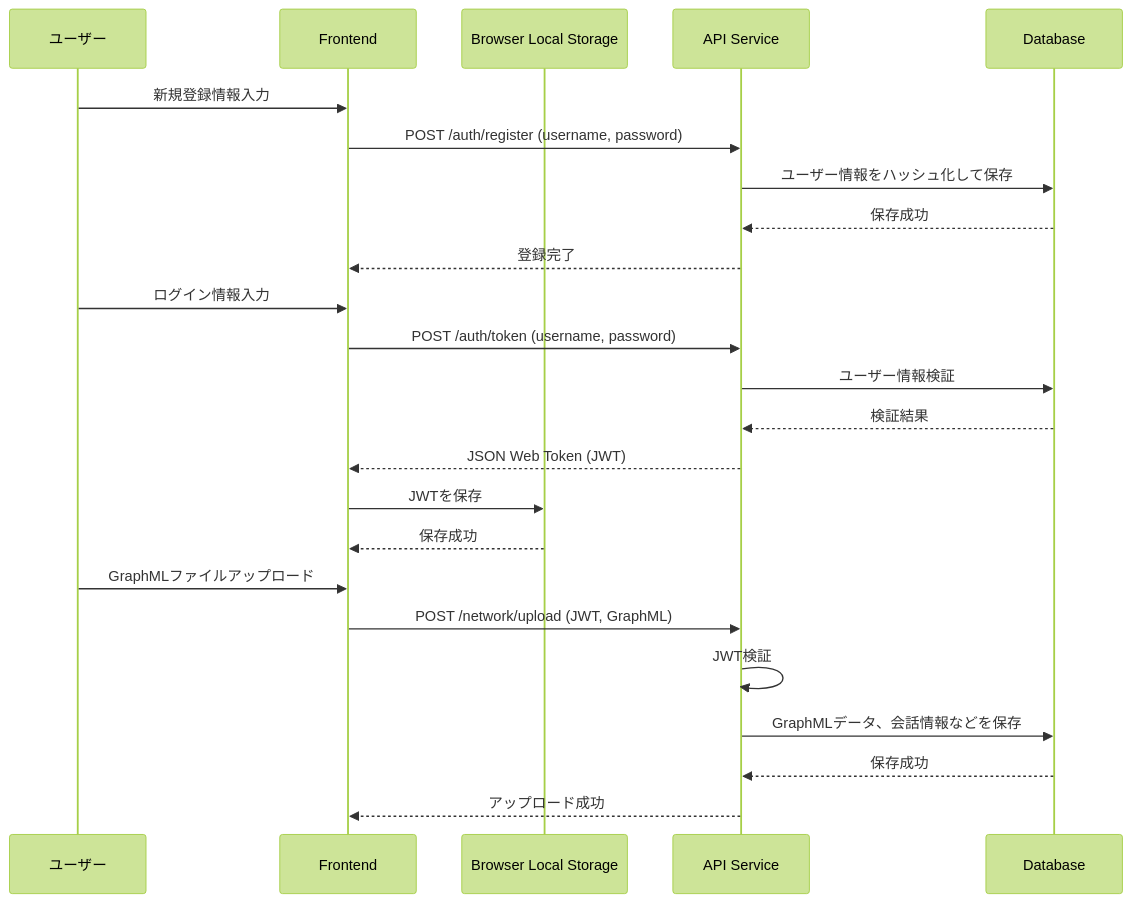
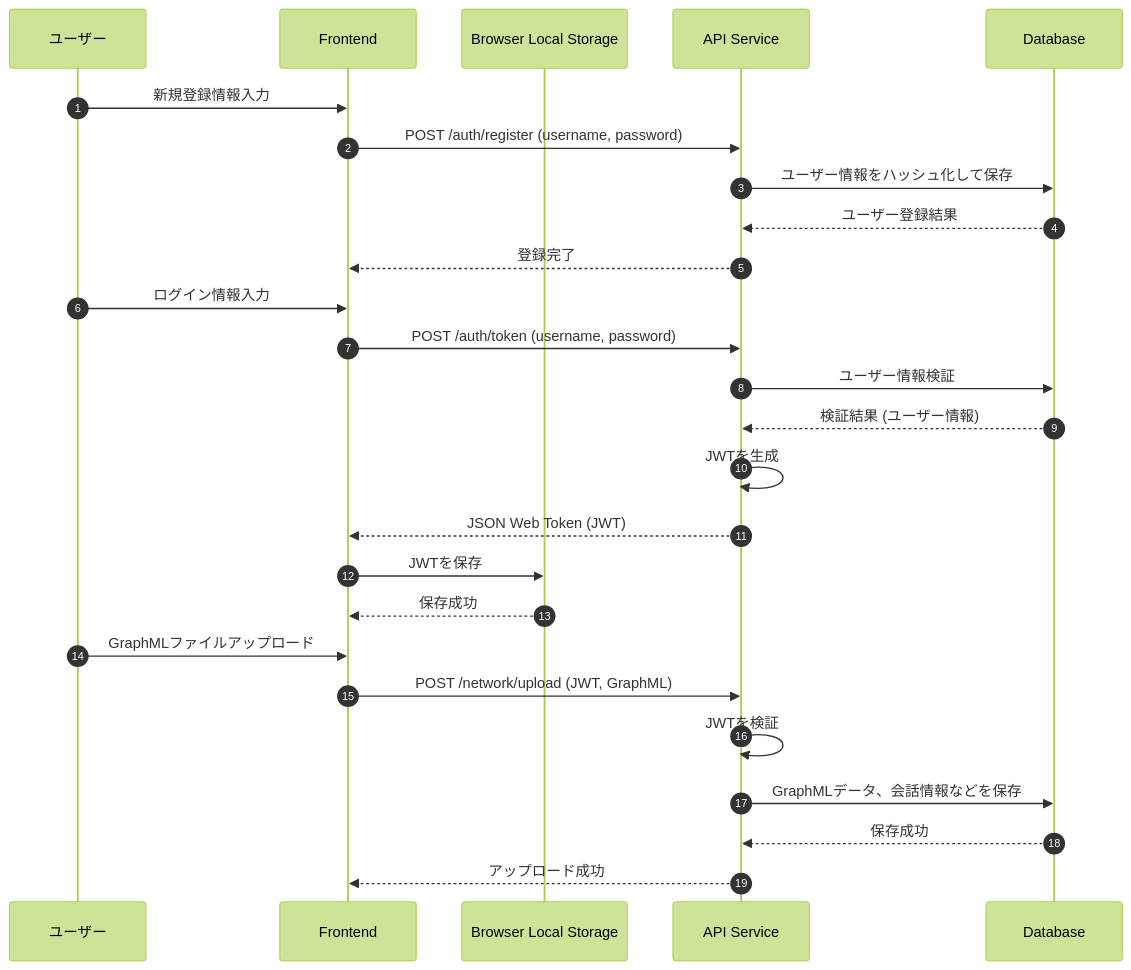
One commit to vdslab/LLMGraphvis changed the first of 2 diagrams in specification/3_Interactions.md. Above: the diagram before and after it, drawn with Mermaid (forest theme). The commit also changed other lines of this file, not shown here.

Commit message:
refactor: Improve clarity in user authentication and LLM tool invocation flow diagrams

````diff
--- a/specification/3_Interactions.md
+++ b/specification/3_Interactions.md
@@ -9,29 +9,31 @@
 ```mermaid
 sequenceDiagram
+    autonumber
     participant U as ユーザー
     participant F as Frontend
     participant LS as Browser Local Storage
     participant B as API Service
     participant DB as Database
 
     U->>F: 新規登録情報入力
     F->>B: POST /auth/register (username, password)
     B->>DB: ユーザー情報をハッシュ化して保存
-    DB-->>B: 保存成功
+    DB-->>B: ユーザー登録結果
     B-->>F: 登録完了
 
     U->>F: ログイン情報入力
     F->>B: POST /auth/token (username, password)
     B->>DB: ユーザー情報検証
-    DB-->>B: 検証結果
+    DB-->>B: 検証結果 (ユーザー情報)
+    B->>B: JWTを生成
     B-->>F: JSON Web Token (JWT)
     F->>LS: JWTを保存
     LS-->>F: 保存成功
 
     U->>F: GraphMLファイルアップロード
     F->>B: POST /network/upload (JWT, GraphML)
-    B->>B: JWT検証
+    B->>B: JWTを検証
     B->>DB: GraphMLデータ、会話情報などを保存
     DB-->>B: 保存成功
     B-->>F: アップロード成功
 ```
````
